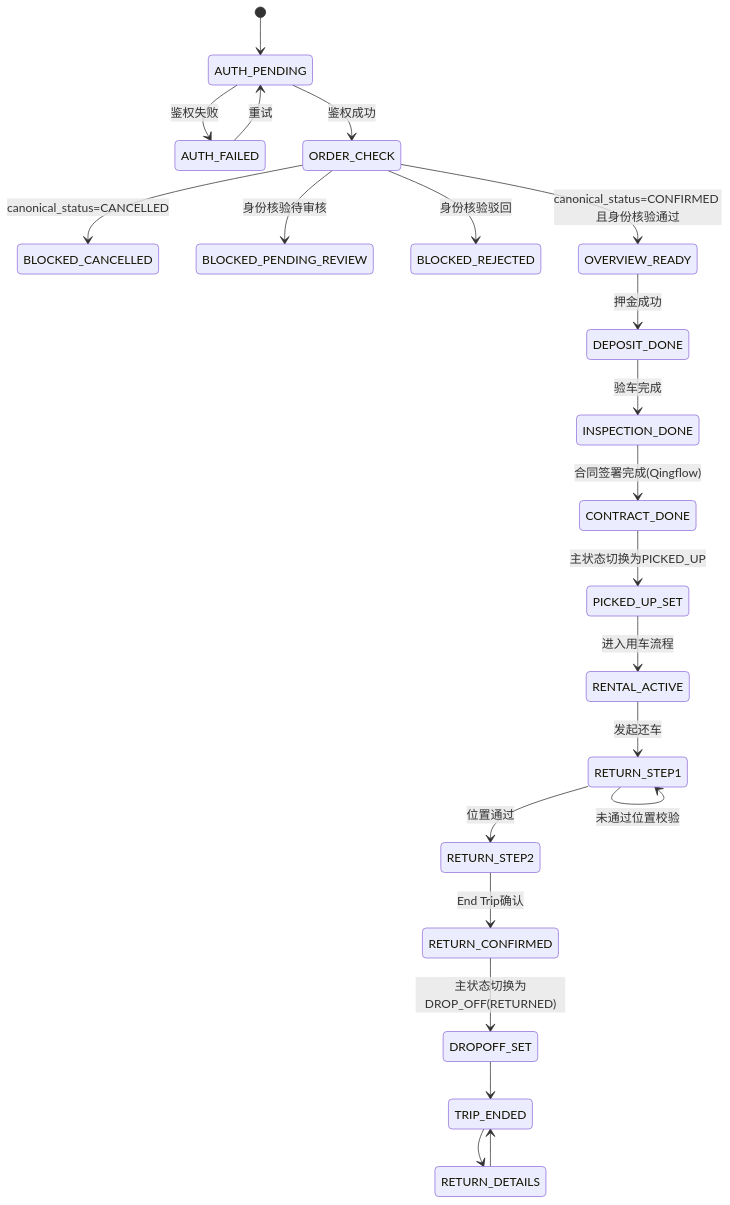
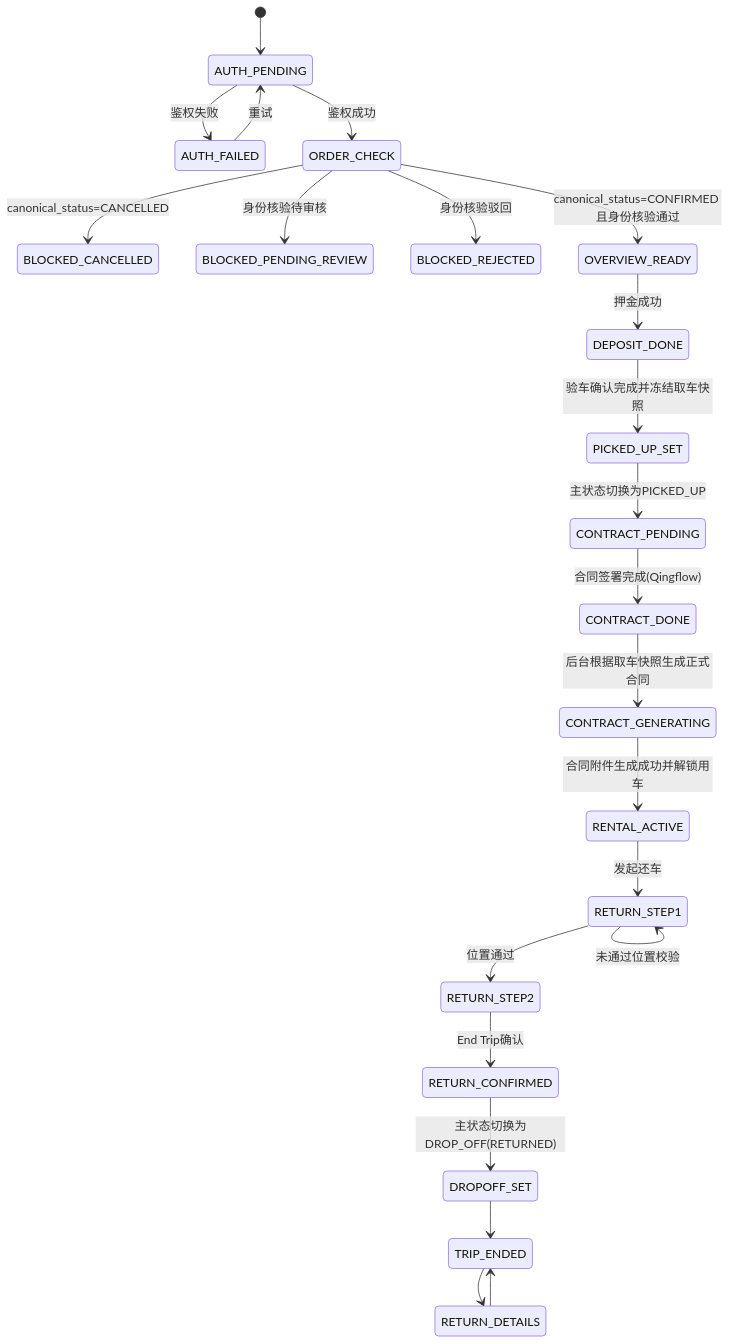
One commit to leonhard1Q84/car-rental-2c-apps changed the second of 2 diagrams in workspace/customer/specs/epic/selfservice-rental-baseline.md. Above: the diagram before and after it, drawn with Mermaid. The commit also changed other lines of this file and 180 other files, not shown here.

````diff
--- a/workspace/customer/specs/epic/selfservice-rental-baseline.md
+++ b/workspace/customer/specs/epic/selfservice-rental-baseline.md
@@ -93,27 +141,28 @@
 ```mermaid
 stateDiagram-v2
     [*] --> AUTH_PENDING
     AUTH_PENDING --> AUTH_FAILED: 鉴权失败
     AUTH_FAILED --> AUTH_PENDING: 重试
 
     AUTH_PENDING --> ORDER_CHECK: 鉴权成功
     ORDER_CHECK --> BLOCKED_CANCELLED: canonical_status=CANCELLED
     ORDER_CHECK --> BLOCKED_PENDING_REVIEW: 身份核验待审核
     ORDER_CHECK --> BLOCKED_REJECTED: 身份核验驳回
     ORDER_CHECK --> OVERVIEW_READY: canonical_status=CONFIRMED 且身份核验通过
 
     OVERVIEW_READY --> DEPOSIT_DONE: 押金成功
-    DEPOSIT_DONE --> INSPECTION_DONE: 验车完成
-    INSPECTION_DONE --> CONTRACT_DONE: 合同签署完成(Qingflow)
-    CONTRACT_DONE --> PICKED_UP_SET: 主状态切换为PICKED_UP
-    PICKED_UP_SET --> RENTAL_ACTIVE: 进入用车流程
+    DEPOSIT_DONE --> PICKED_UP_SET: 验车确认完成并冻结取车快照
+    PICKED_UP_SET --> CONTRACT_PENDING: 主状态切换为PICKED_UP
+    CONTRACT_PENDING --> CONTRACT_DONE: 合同签署完成(Qingflow)
+    CONTRACT_DONE --> CONTRACT_GENERATING: 后台根据取车快照生成正式合同
+    CONTRACT_GENERATING --> RENTAL_ACTIVE: 合同附件生成成功并解锁用车
 
     RENTAL_ACTIVE --> RETURN_STEP1: 发起还车
     RETURN_STEP1 --> RETURN_STEP1: 未通过位置校验
     RETURN_STEP1 --> RETURN_STEP2: 位置通过
     RETURN_STEP2 --> RETURN_CONFIRMED: End Trip确认
     RETURN_CONFIRMED --> DROPOFF_SET: 主状态切换为DROP_OFF(RETURNED)
     DROPOFF_SET --> TRIP_ENDED
     TRIP_ENDED --> RETURN_DETAILS
     RETURN_DETAILS --> TRIP_ENDED
 ```
````
